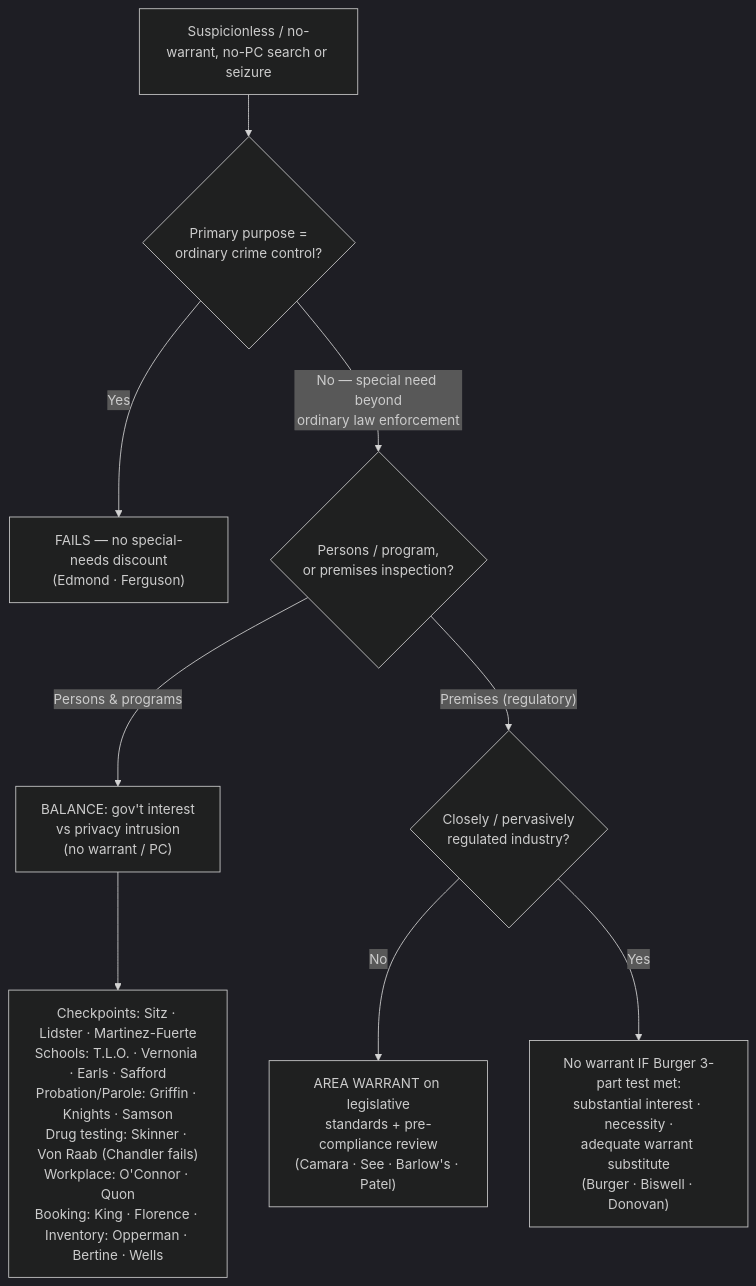
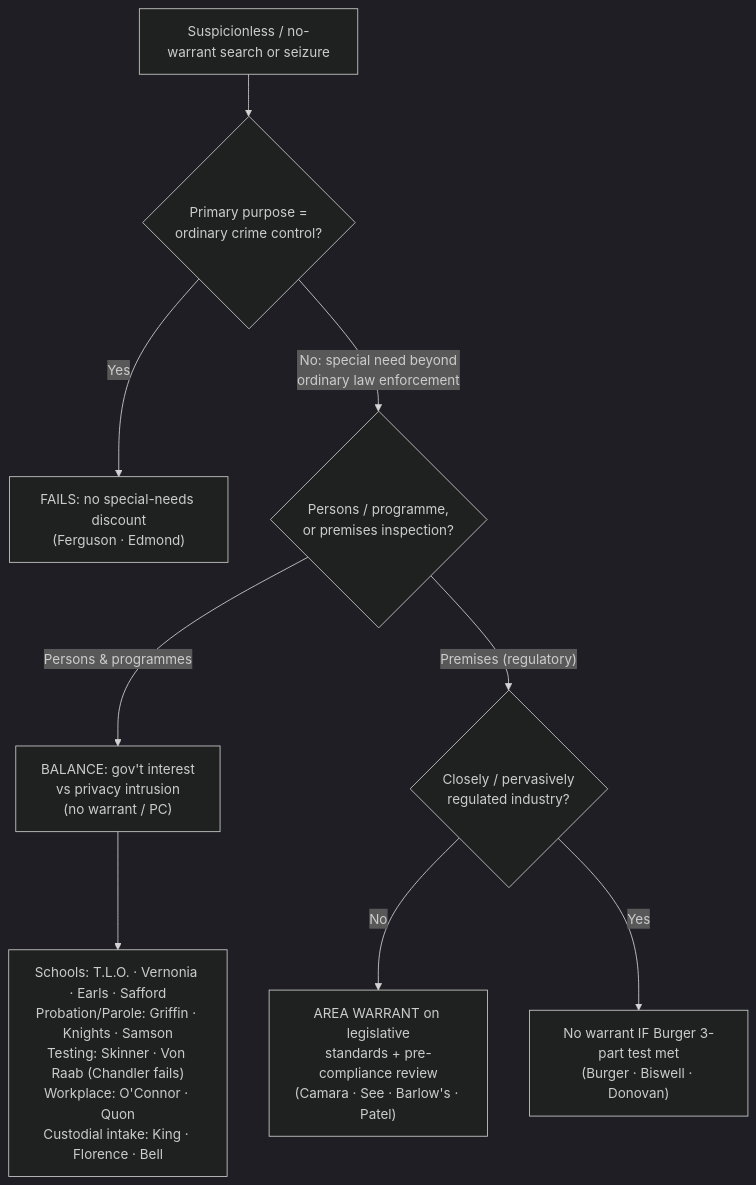
The diagram in content/warrant-exceptions/programmatic-and-special-needs-searches/Special Needs and Administrative Searches.md (Enragedsaturday/enragedsaturday.github.io), drawn with Mermaid (dark theme) before and after one commit. The commit also changed other lines of this file and 23 other files, not shown here.

````diff
--- a/content/warrant-exceptions/programmatic-and-special-needs-searches/Special Needs and Administrative Searches.md
+++ b/content/warrant-exceptions/programmatic-and-special-needs-searches/Special Needs and Administrative Searches.md
@@ -123,11 +127,11 @@
 ```mermaid
 flowchart TD
-  A["Suspicionless / no-warrant, no-PC search or seizure"] --> B{"Primary purpose =<br/>ordinary crime control?"}
-  B -->|Yes| X["FAILS — no special-needs discount<br/>(Edmond · Ferguson)"]
-  B -->|"No — special need beyond<br/>ordinary law enforcement"| C{"Persons / program,<br/>or premises inspection?"}
-  C -->|"Persons & programs"| D["BALANCE: gov't interest<br/>vs privacy intrusion<br/>(no warrant / PC)"]
+  A["Suspicionless / no-warrant search or seizure"] --> B{"Primary purpose =<br/>ordinary crime control?"}
+  B -->|Yes| X["FAILS: no special-needs discount<br/>(Ferguson · Edmond)"]
+  B -->|"No: special need beyond<br/>ordinary law enforcement"| C{"Persons / programme,<br/>or premises inspection?"}
+  C -->|"Persons & programmes"| D["BALANCE: gov't interest<br/>vs privacy intrusion<br/>(no warrant / PC)"]
   C -->|"Premises (regulatory)"| E{"Closely / pervasively<br/>regulated industry?"}
   E -->|No| F["AREA WARRANT on legislative<br/>standards + pre-compliance review<br/>(Camara · See · Barlow's · Patel)"]
-  E -->|Yes| G["No warrant IF Burger 3-part test met:<br/>substantial interest · necessity ·<br/>adequate warrant substitute<br/>(Burger · Biswell · Donovan)"]
-  D --> H["Checkpoints: Sitz · Lidster · Martinez-Fuerte<br/>Schools: T.L.O. · Vernonia · Earls · Safford<br/>Probation/Parole: Griffin · Knights · Samson<br/>Drug testing: Skinner · Von Raab (Chandler fails)<br/>Workplace: O'Connor · Quon<br/>Booking: King · Florence · Inventory: Opperman · Bertine · Wells"]
+  E -->|Yes| G["No warrant IF Burger 3-part test met<br/>(Burger · Biswell · Donovan)"]
+  D --> H["Schools: T.L.O. · Vernonia · Earls · Safford<br/>Probation/Parole: Griffin · Knights · Samson<br/>Testing: Skinner · Von Raab (Chandler fails)<br/>Workplace: O'Connor · Quon<br/>Custodial intake: King · Florence · Bell"]
 ```
````
